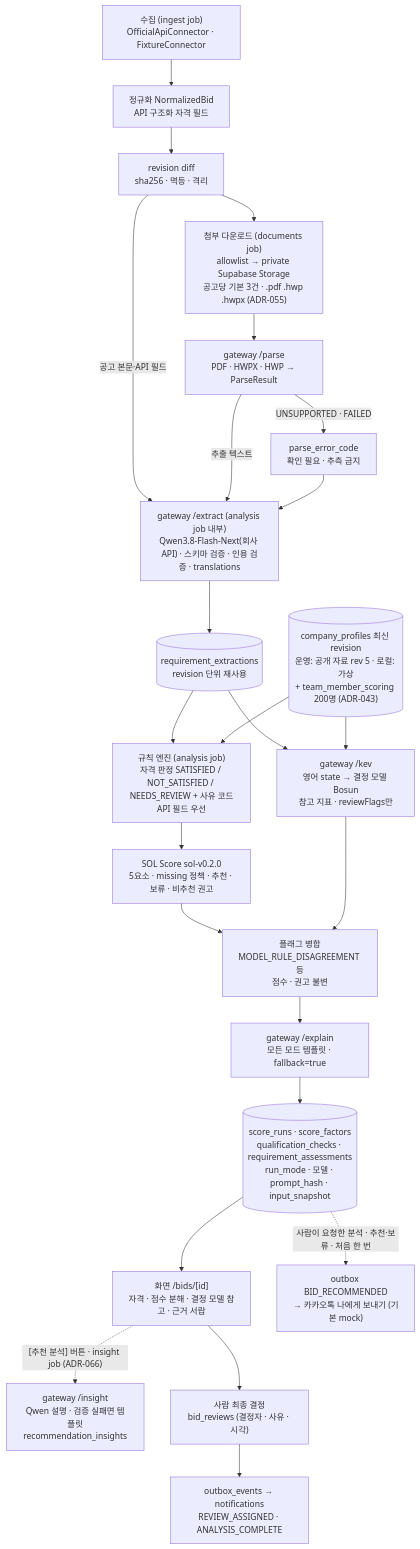
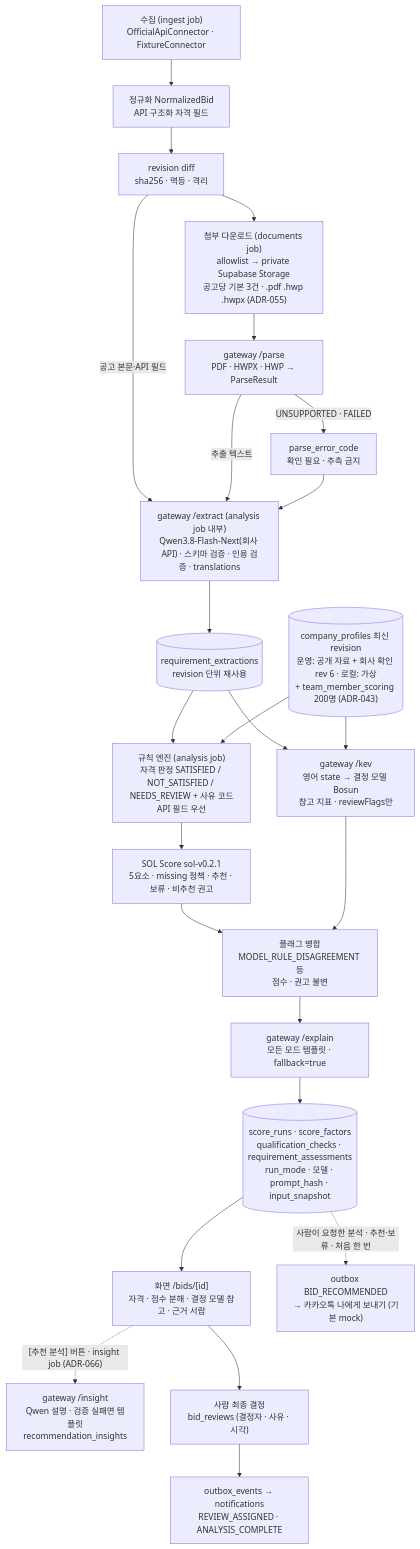
The third of 3 diagrams in docs/submission/architecture.md (solideoai/sol-radar), drawn with Mermaid before and after one commit. The commit also changed other lines of this file and 28 other files, not shown here.

````diff
--- a/docs/submission/architecture.md
+++ b/docs/submission/architecture.md
@@ -99,26 +99,26 @@
 ```mermaid
 flowchart TD
  A["수집 (ingest job)<br/>OfficialApiConnector · FixtureConnector"] --> N["정규화 NormalizedBid<br/>API 구조화 자격 필드"]
  N --> R1["revision diff<br/>sha256 · 멱등 · 격리"]
  R1 --> D["첨부 다운로드 (documents job)<br/>allowlist → private Supabase Storage<br/>공고당 기본 3건 · .pdf .hwp .hwpx (ADR-055)"]
  D --> P["gateway /parse<br/>PDF · HWPX · HWP → ParseResult"]
  P -->|UNSUPPORTED · FAILED| PE["parse_error_code<br/>확인 필요 · 추측 금지"]
  R1 -->|공고 본문·API 필드| E["gateway /extract (analysis job 내부)<br/>Qwen3.8-Flash-Next(회사 API) · 스키마 검증 · 인용 검증 · translations"]
  P -->|추출 텍스트| E
  PE --> E
  E --> X[("requirement_extractions<br/>revision 단위 재사용")]
  X --> RE["규칙 엔진 (analysis job)<br/>자격 판정 SATISFIED / NOT_SATISFIED / NEEDS_REVIEW + 사유 코드<br/>API 필드 우선"]
- CP[("company_profiles 최신 revision<br/>운영: 공개 자료 rev 5 · 로컬: 가상<br/>+ team_member_scoring 200명 (ADR-043)")] --> RE
- RE --> S["SOL Score sol-v0.2.0<br/>5요소 · missing 정책 · 추천 · 보류 · 비추천 권고"]
+ CP[("company_profiles 최신 revision<br/>운영: 공개 자료 + 회사 확인 rev 6 · 로컬: 가상<br/>+ team_member_scoring 200명 (ADR-043)")] --> RE
+ RE --> S["SOL Score sol-v0.2.1<br/>5요소 · missing 정책 · 추천 · 보류 · 비추천 권고"]
  X --> K["gateway /kev<br/>영어 state → 결정 모델 Bosun<br/>참고 지표 · reviewFlags만"]
  CP --> K
  S --> F["플래그 병합<br/>MODEL_RULE_DISAGREEMENT 등<br/>점수 · 권고 불변"]
  K --> F
  F --> EX["gateway /explain<br/>모든 모드 템플릿 · fallback=true"]
  EX --> Z[("score_runs · score_factors<br/>qualification_checks · requirement_assessments<br/>run_mode · 모델 · prompt_hash · input_snapshot")]
  Z --> UI["화면 /bids/[id]<br/>자격 · 점수 분해 · 결정 모델 참고 · 근거 서랍"]
  UI -. "[추천 분석] 버튼 · insight job (ADR-066)" .-> IN["gateway /insight<br/>Qwen 설명 · 검증 실패면 템플릿<br/>recommendation_insights"]
  UI --> H["사람 최종 결정<br/>bid_reviews (결정자 · 사유 · 시각)"]
  H --> O["outbox_events → notifications<br/>REVIEW_ASSIGNED · ANALYSIS_COMPLETE"]
  Z -. "사람이 요청한 분석 · 추천·보류 · 처음 한 번" .-> KK["outbox BID_RECOMMENDED<br/>→ 카카오톡 나에게 보내기 (기본 mock)"]
 ```
````
